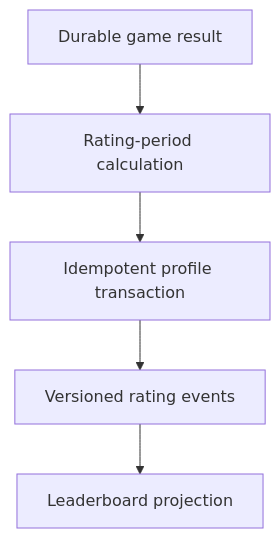
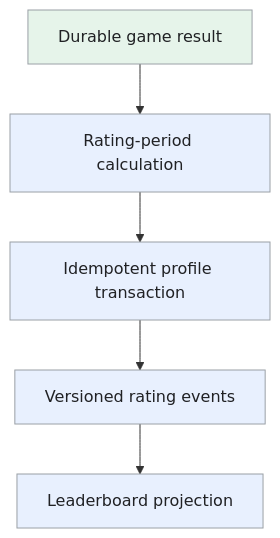
Before and after one commit to iliazlobin/iliazlobin.github.io: the fourth of 4 diagrams in _designs/system-design-online-chess.md, drawn with Mermaid. The commit also changed other lines of this file and 20 other files, not shown here.

Commit message:
Improve design flows, tradeoffs, and technology references

````diff
--- a/_designs/system-design-online-chess.md
+++ b/_designs/system-design-online-chess.md
@@ -282,7 +333,12 @@
 ```mermaid
 flowchart TB
   G["Durable game result"] --> P["Rating-period calculation"]
   P --> T["Idempotent profile transaction"]
   T --> E["Versioned rating events"]
   E --> R["Leaderboard projection"]
+  classDef request fill:#e8f0fe,stroke:#9aa0a6,color:#202124,stroke-width:1px
+  classDef background fill:#e6f4ea,stroke:#9aa0a6,color:#202124,stroke-width:1px
+  classDef control fill:#fef7e0,stroke:#9aa0a6,color:#202124,stroke-width:1px
+  class P,T,E,R request
+  class G background
 ```
````
